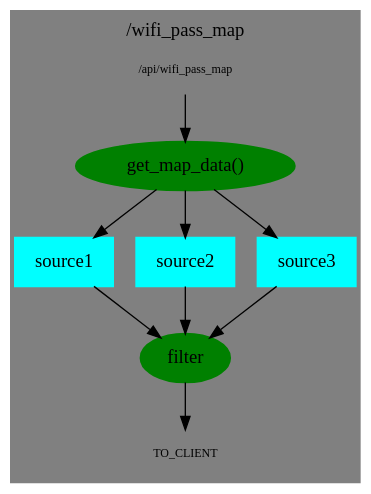
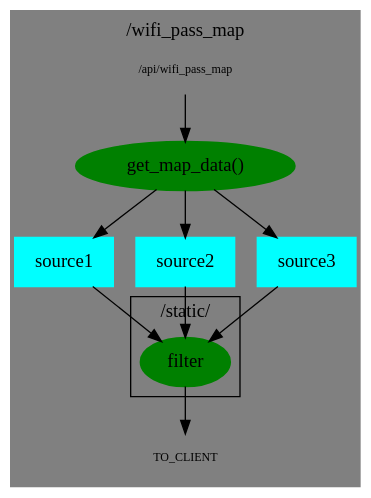
The diagram in doc/data_from_source.dot (Omelug/wifi_pass_map), drawn with Graphviz before and after one commit. The commit also changed 8 other files, not shown here.

```diff
--- a/doc/data_from_source.dot
+++ b/doc/data_from_source.dot
@@ -1,33 +1,38 @@
 digraph G {
 
     bgcolor="gray";
 
     labelloc="t";
     label="/wifi_pass_map";
 
     node [shape=none]
     FROM_CLIENT [label="/api/wifi_pass_map", fontsize=9]
     TO_CLIENT [fontsize=9]
 
     node [shape=box, style=filled, penwidth=2, color=cyan];
     source1
     source2
     source3
 
     node [shape=oval, style=filled, color=green];
     get_map_data [label="get_map_data()"];
+    filter
 
+    subgraph cluster_1{
+       label = "/static/"
+       filter
+    }
 
     //realitions
     FROM_CLIENT -> get_map_data
 
     get_map_data -> source1
     get_map_data -> source2
     get_map_data -> source3
 
     source1 -> filter;
     source2 -> filter;
     source3 -> filter;
 
     filter -> TO_CLIENT
 }
```
